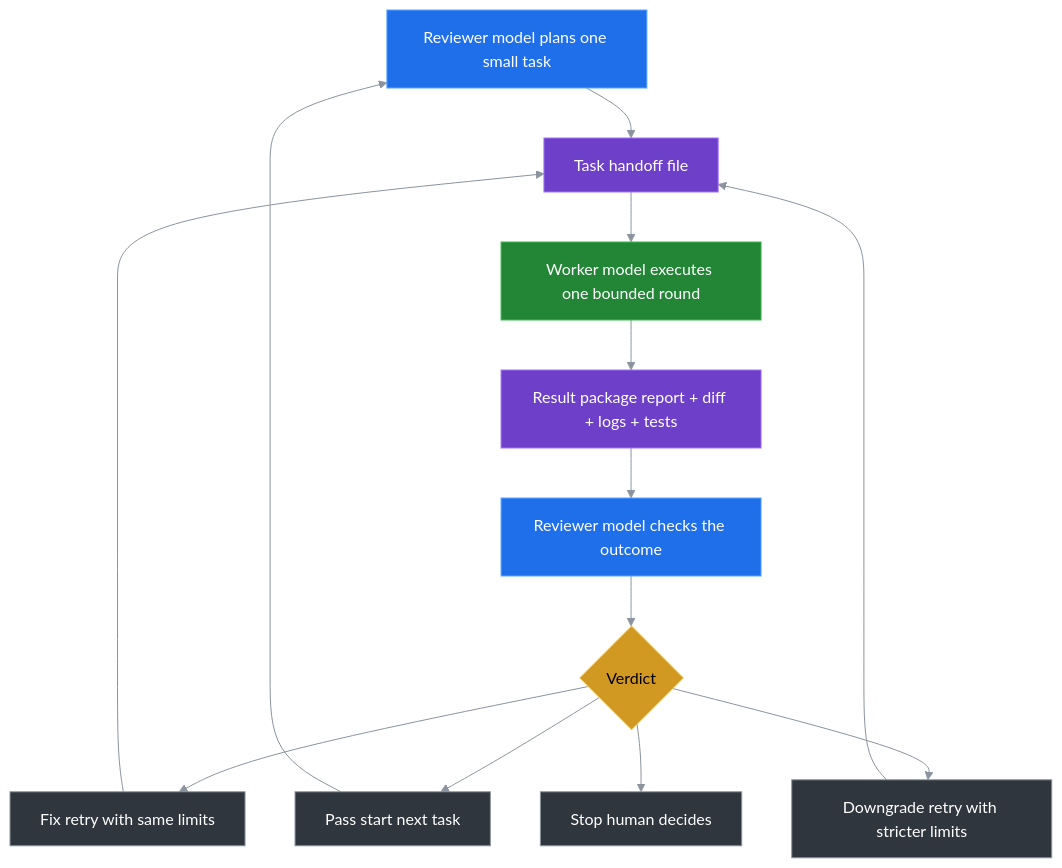
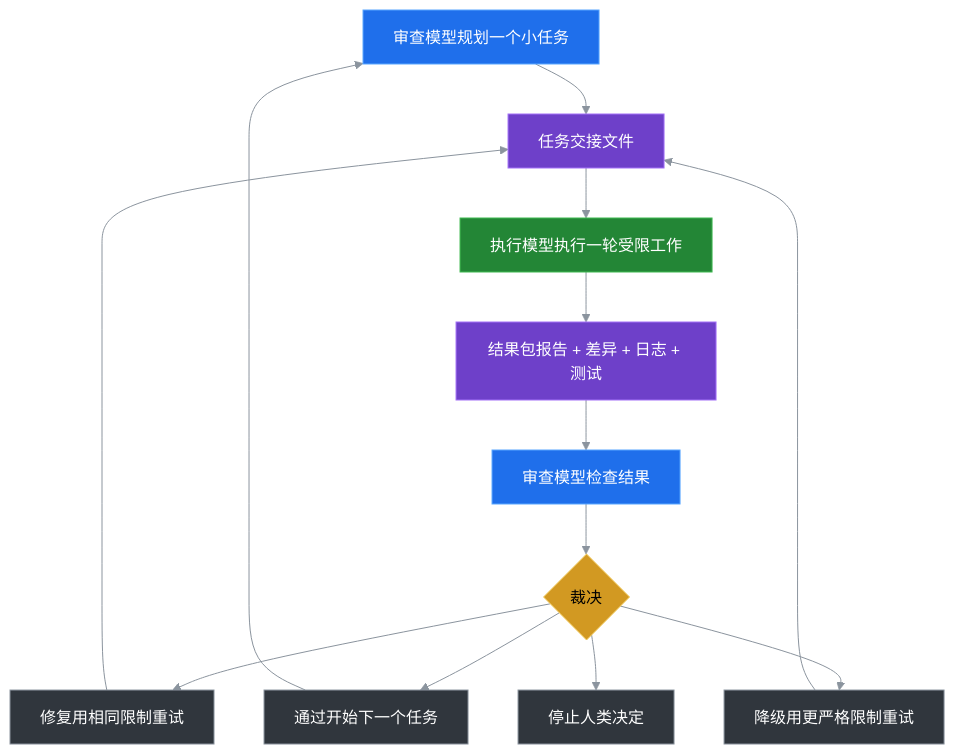
The diagram in README.md (ningbo00/token-saver-loop), drawn with Mermaid before and after one commit. The commit also changed other lines of this file and 7 other files, not shown here.

````diff
--- a/README.md
+++ b/README.md
@@ -256,31 +256,31 @@
 ```mermaid
 %%{init: {"theme": "base", "themeVariables": {"background": "transparent", "primaryColor": "#1f6feb", "primaryTextColor": "#ffffff", "primaryBorderColor": "#58a6ff", "lineColor": "#8b949e", "secondaryColor": "#238636", "tertiaryColor": "#30363d"}}}%%
 flowchart TD
-    A[Reviewer model plans one small task]
-    B[Task handoff file]
-    C[Worker model executes one bounded round]
-    D[Result package report + diff + logs + tests]
-    E[Reviewer model checks the outcome]
-    F{Verdict}
-    G[Pass start next task]
-    H[Fix retry with same limits]
-    I[Downgrade retry with stricter limits]
-    J[Stop human decides]
+    A[审查模型规划一个小任务]
+    B[任务交接文件]
+    C[执行模型执行一轮受限工作]
+    D[结果包报告 + 差异 + 日志 + 测试]
+    E[审查模型检查结果]
+    F{裁决}
+    G[通过开始下一个任务]
+    H[修复用相同限制重试]
+    I[降级用更严格限制重试]
+    J[停止人类决定]
 
     A --> B --> C --> D --> E --> F
     F --> G --> A
     F --> H --> B
     F --> I --> B
     F --> J
 
     classDef reviewer fill:#1f6feb,stroke:#58a6ff,color:#ffffff
     classDef worker fill:#238636,stroke:#3fb950,color:#ffffff
     classDef file fill:#6e40c9,stroke:#a371f7,color:#ffffff
     classDef verdict fill:#d29922,stroke:#f2cc60,color:#000000
     classDef outcome fill:#30363d,stroke:#8b949e,color:#ffffff
     class A,E reviewer
     class C worker
     class B,D file
     class F verdict
     class G,H,I,J outcome
 ```
````
